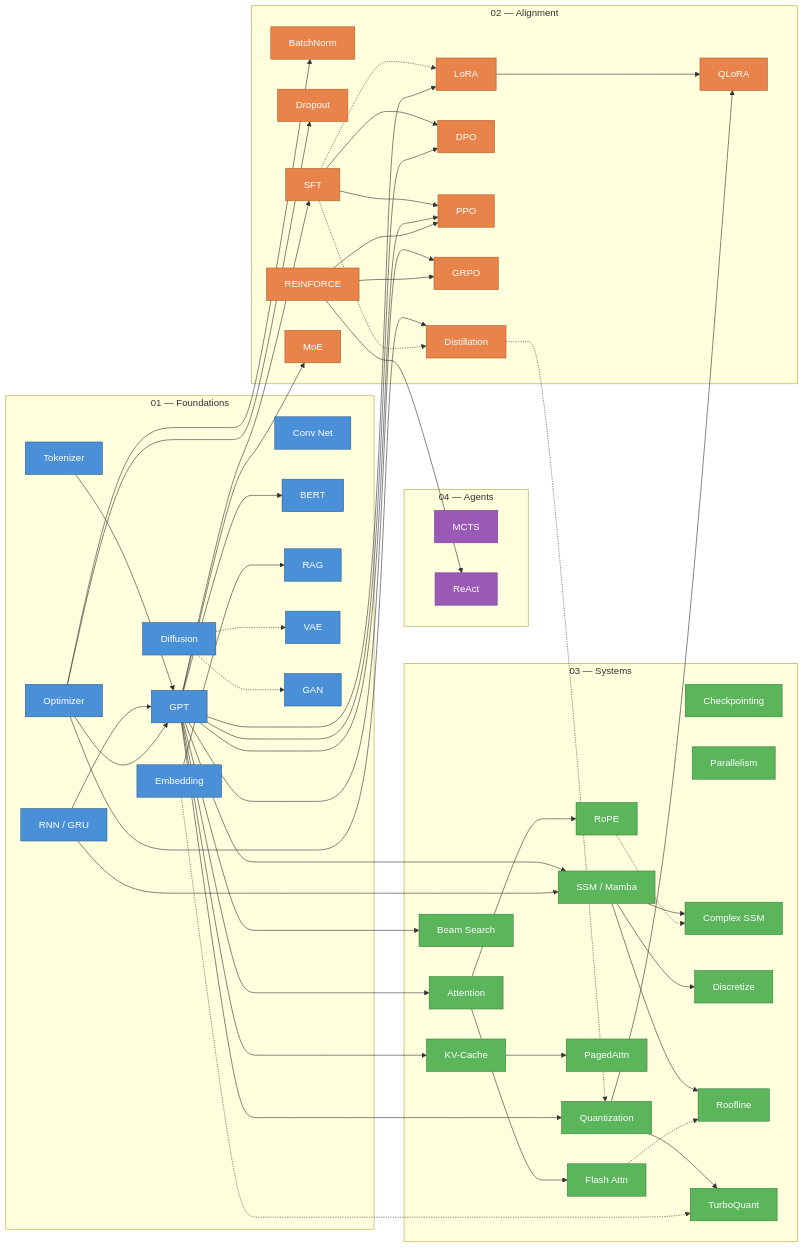
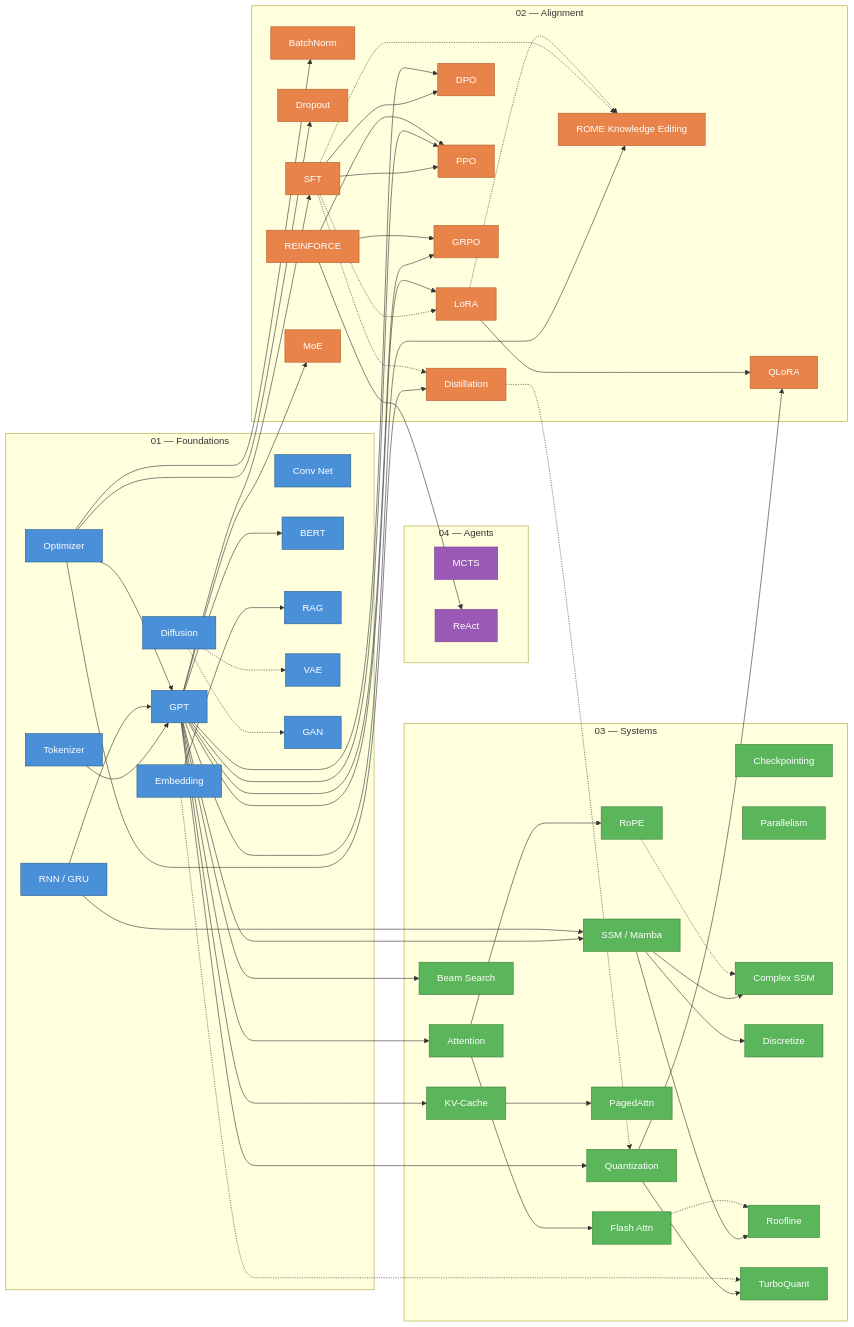
Before and after one commit to no-magic-ai/no-magic: the diagram in README.md, drawn with Mermaid. The commit also changed other lines of this file and 10 other files, not shown here.

````diff
--- a/README.md
+++ b/README.md
@@ -441,6 +444,7 @@
     GRPO["GRPO"]
     MOE["MoE"]
     KD["Distillation"]
+    ROME["ROME Knowledge Editing"]
   end
 
   %% === 04-AGENTS ===
@@ -492,6 +496,9 @@
   OPT --> KD
   SFT -.-> KD
   KD -.-> QUANT
+  GPT --> ROME
+  SFT -.-> ROME
+  LORA -.-> ROME
   OPT --> BN
   OPT --> DROP
 
@@ -525,7 +532,7 @@
 
   %% --- Apply styles ---
   class TOK,EMB,OPT,RNN,CONV,GPT,BERT,RAG,DIFF,VAE,GAN foundations
-  class BN,DROP,SFT,LORA,QLORA,DPO,REINF,PPO,GRPO,MOE,KD alignment
+  class BN,DROP,SFT,LORA,QLORA,DPO,REINF,PPO,GRPO,MOE,KD,ROME alignment
   class ATTN,FLASH,ROPE,KV,PAGED,QUANT,BEAM,CKPT,PAR,SSM,CSSM,DISC,ROOF,TURBO systems
   class MCTS,REACT agents
 ```
````
